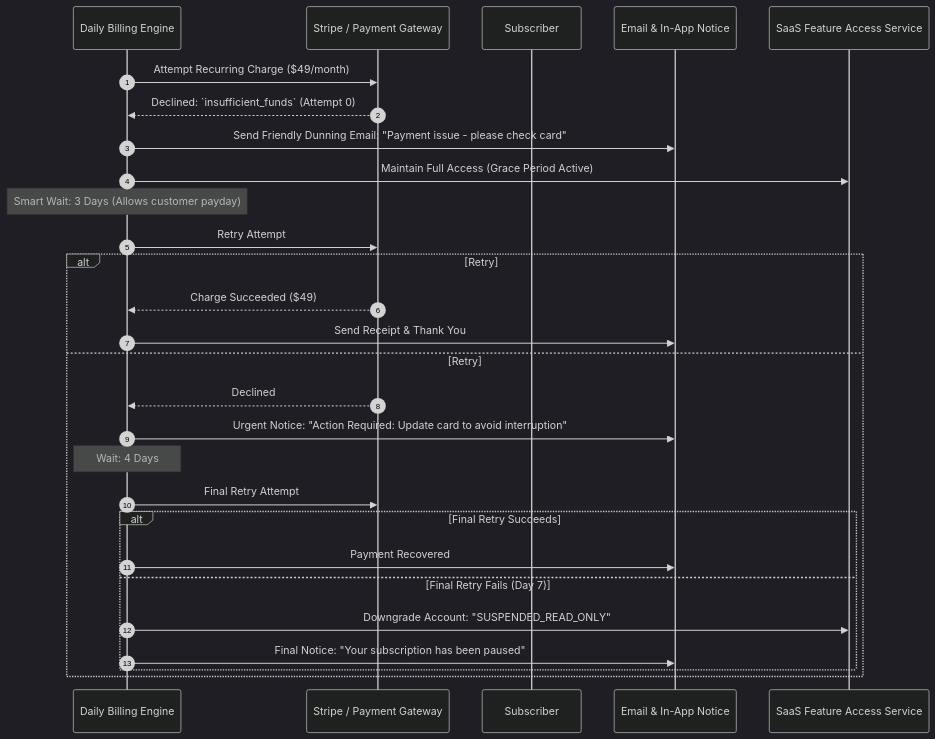
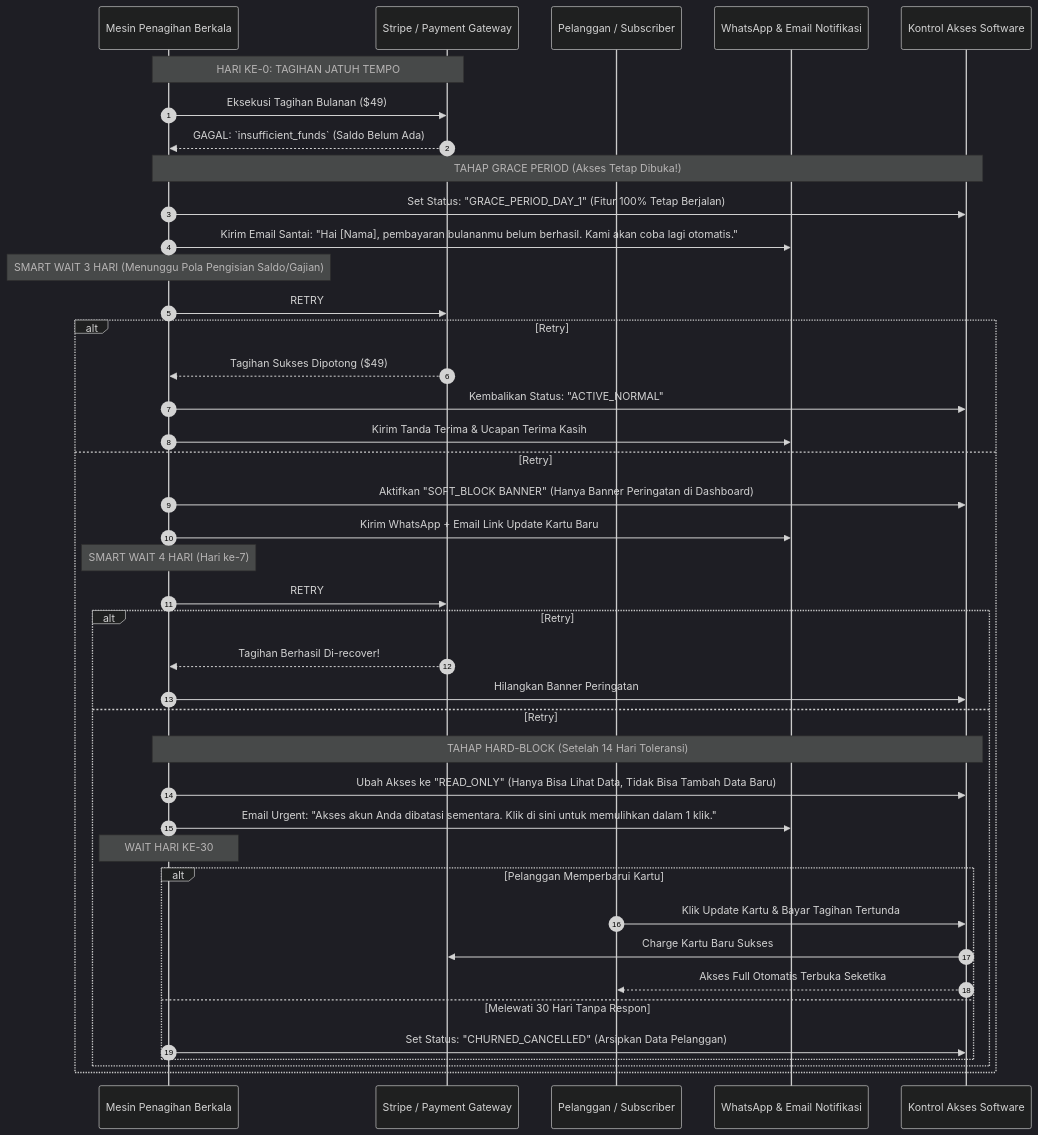
Before and after one commit to reviveproject4-source/visual-business-flows: the diagram in 03-financial-and-billing/subscription-billing-and-dunning.md, drawn with Mermaid (dark theme). The commit also changed other lines of this file and 4 other files, not shown here.

````diff
--- a/03-financial-and-billing/subscription-billing-and-dunning.md
+++ b/03-financial-and-billing/subscription-billing-and-dunning.md
@@ -10,34 +19,48 @@
 ```mermaid
 sequenceDiagram
     autonumber
-    participant BillingJob as Daily Billing Engine
+    participant Engine as Mesin Penagihan Berkala
     participant Gateway as Stripe / Payment Gateway
-    participant Customer as Subscriber
-    participant Notification as Email & In-App Notice
-    participant AppSvc as SaaS Feature Access Service
+    participant Customer as Pelanggan / Subscriber
+    participant Notifier as WhatsApp & Email Notifikasi
+    participant AppAccess as Kontrol Akses Software
 
-    BillingJob->>Gateway: Attempt Recurring Charge ($49/month)
-    Gateway-->>BillingJob: Declined: `insufficient_funds` (Attempt 0)
+    Note over Engine,Gateway: HARI KE-0: TAGIHAN JATUH TEMPO
+    Engine->>Gateway: Eksekusi Tagihan Bulanan ($49)
+    Gateway-->>Engine: GAGAL: `insufficient_funds` (Saldo Belum Ada)
     
-    BillingJob->>Notification: Send Friendly Dunning Email: "Payment issue - please check card"
-    BillingJob->>AppSvc: Maintain Full Access (Grace Period Active)
+    Note over Engine,AppAccess: TAHAP GRACE PERIOD (Akses Tetap Dibuka!)
+    Engine->>AppAccess: Set Status: "GRACE_PERIOD_DAY_1" (Fitur 100% Tetap Berjalan)
+    Engine->>Notifier: Kirim Email Santai: "Hai [Nama], pembayaran bulananmu belum berhasil. Kami akan coba lagi otomatis."
     
-    Note over BillingJob: Smart Wait: 3 Days (Allows customer payday)
-    BillingJob->>Gateway: Retry Attempt #1
-    alt Retry #1 Succeeds
-        Gateway-->>BillingJob: Charge Succeeded ($49)
-        BillingJob->>Notification: Send Receipt & Thank You
-    else Retry #1 Fails
-        Gateway-->>BillingJob: Declined
-        BillingJob->>Notification: Urgent Notice: "Action Required: Update card to avoid interruption"
+    Note over Engine: SMART WAIT 3 HARI (Menunggu Pola Pengisian Saldo/Gajian)
+    Engine->>Gateway: RETRY #1 (Hari ke-3, Pukul 10:00 Pagi Waktu Lokal)
+    alt Retry #1 Berhasil
+        Gateway-->>Engine: Tagihan Sukses Dipotong ($49)
+        Engine->>AppAccess: Kembalikan Status: "ACTIVE_NORMAL"
+        Engine->>Notifier: Kirim Tanda Terima & Ucapan Terima Kasih
+    else Retry #1 Masih Gagal
+        Engine->>AppAccess: Aktifkan "SOFT_BLOCK BANNER" (Hanya Banner Peringatan di Dashboard)
+        Engine->>Notifier: Kirim WhatsApp + Email Link Update Kartu Baru
         
-        Note over BillingJob: Wait: 4 Days
-        BillingJob->>Gateway: Final Retry Attempt #2
-        alt Final Retry Succeeds
-            BillingJob->>Notification: Payment Recovered
-        else Final Retry Fails (Day 7)
-            BillingJob->>AppSvc: Downgrade Account: "SUSPENDED_READ_ONLY"
-            BillingJob->>Notification: Final Notice: "Your subscription has been paused"
+        Note over Engine: SMART WAIT 4 HARI (Hari ke-7)
+        Engine->>Gateway: RETRY #2 (Hari ke-7, Pukul 14:00 Siang)
+        alt Retry #2 Berhasil
+            Gateway-->>Engine: Tagihan Berhasil Di-recover!
+            Engine->>AppAccess: Hilangkan Banner Peringatan
+        else Retry #2 Masih Gagal
+            Note over Engine,AppAccess: TAHAP HARD-BLOCK (Setelah 14 Hari Toleransi)
+            Engine->>AppAccess: Ubah Akses ke "READ_ONLY" (Hanya Bisa Lihat Data, Tidak Bisa Tambah Data Baru)
+            Engine->>Notifier: Email Urgent: "Akses akun Anda dibatasi sementara. Klik di sini untuk memulihkan dalam 1 klik."
+            
+            Note over Engine: WAIT HARI KE-30
+            alt Pelanggan Memperbarui Kartu
+                Customer->>AppAccess: Klik Update Kartu & Bayar Tagihan Tertunda
+                AppAccess->>Gateway: Charge Kartu Baru Sukses
+                AppAccess-->>Customer: Akses Full Otomatis Terbuka Seketika
+            else Melewati 30 Hari Tanpa Respon
+                Engine->>AppAccess: Set Status: "CHURNED_CANCELLED" (Arsipkan Data Pelanggan)
+            end
         end
     end
 ```
````
